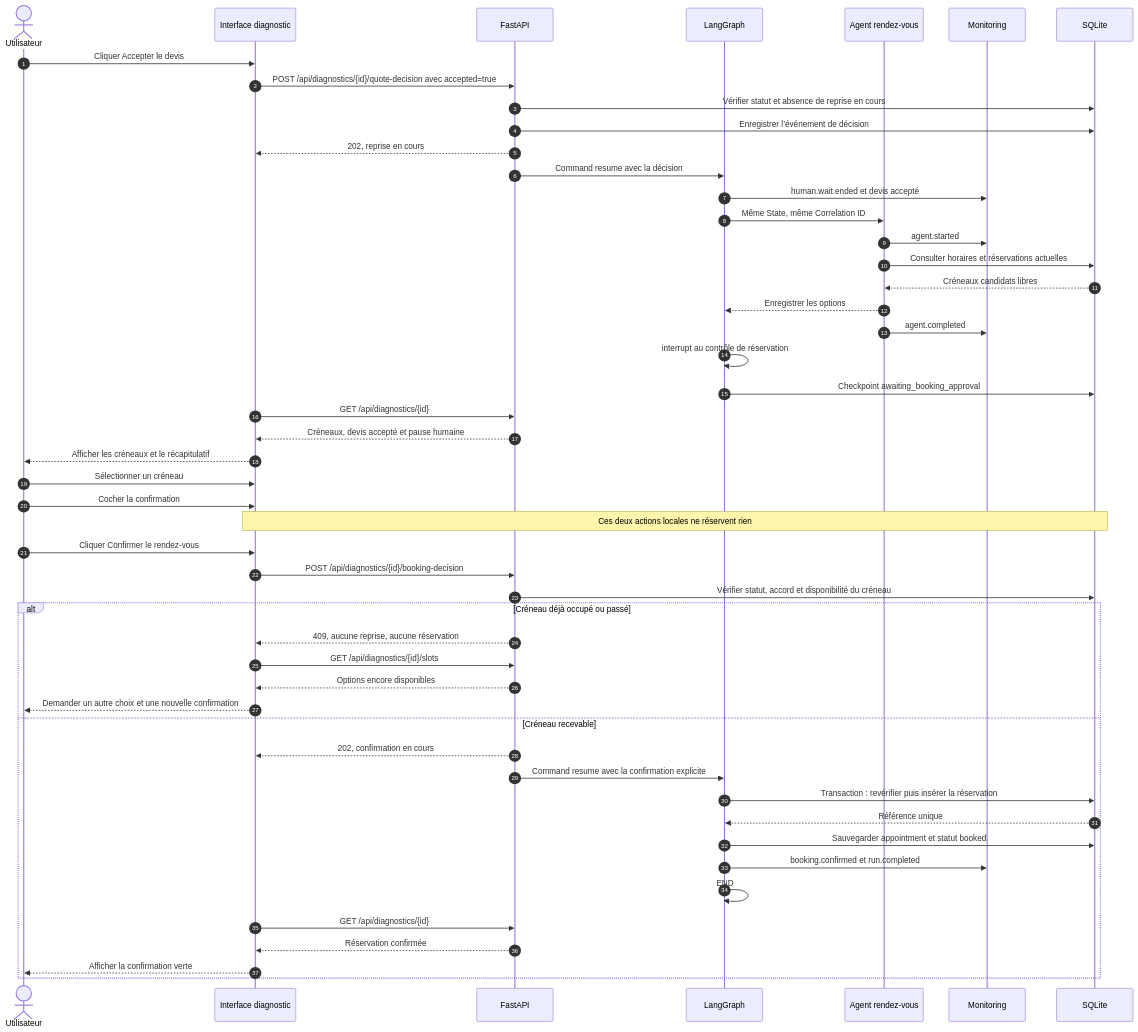
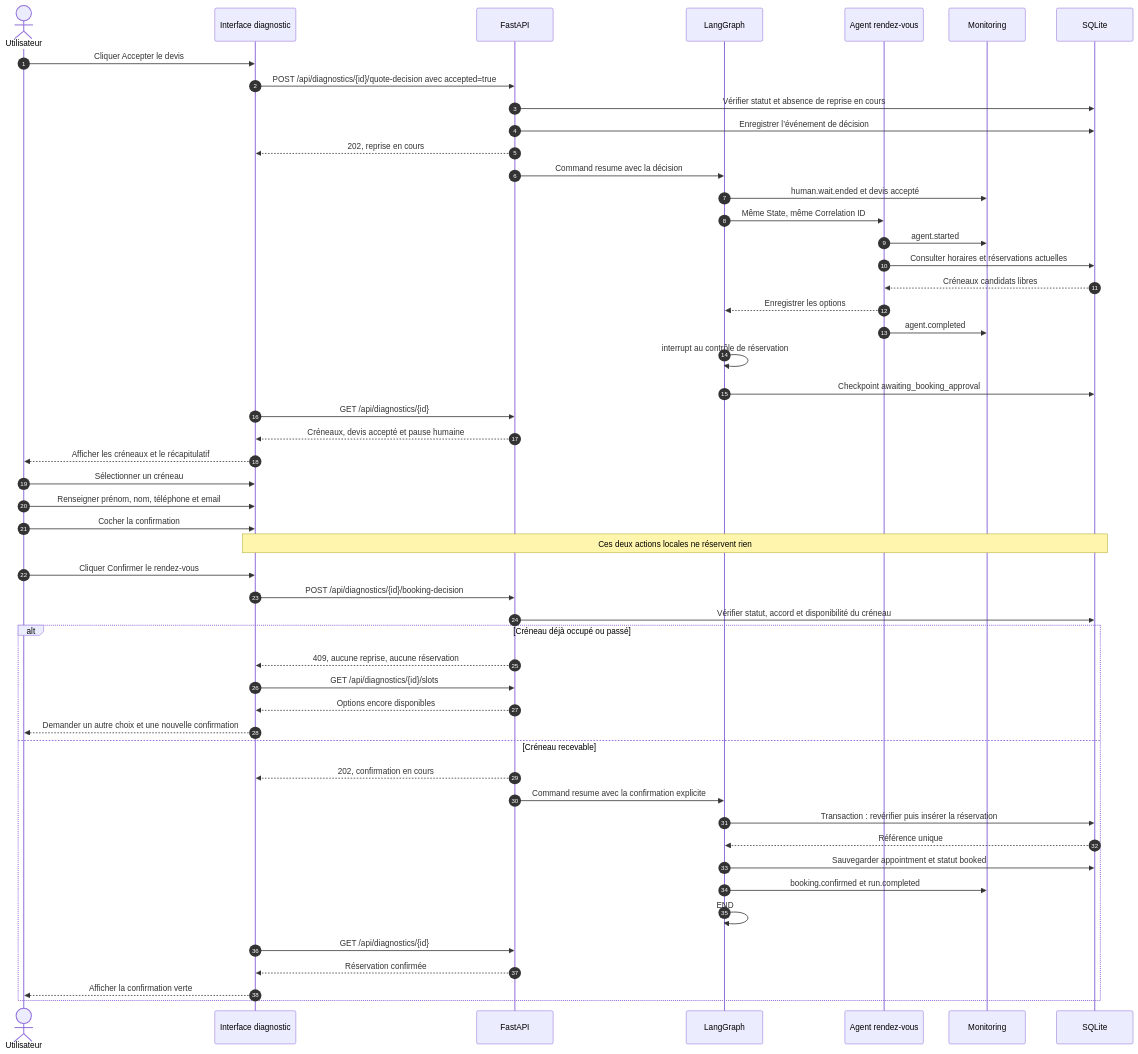
One commit to hamza-ouchen/obdagentauto changed the diagram in docs/diagrammes/diagramme-05.mmd. Above: the diagram before and after it, drawn with Mermaid. The commit also changed 34 other files, not shown here.

```diff
--- a/docs/diagrammes/diagramme-05.mmd
+++ b/docs/diagrammes/diagramme-05.mmd
@@ -1,50 +1,51 @@
 sequenceDiagram
     autonumber
     actor U as Utilisateur
     participant UI as Interface diagnostic
     participant API as FastAPI
     participant G as LangGraph
     participant A as Agent rendez-vous
     participant M as Monitoring
     participant DB as SQLite
     U->>UI: Cliquer Accepter le devis
     UI->>API: POST /api/diagnostics/{id}/quote-decision avec accepted=true
     API->>DB: Vérifier statut et absence de reprise en cours
     API->>DB: Enregistrer l’événement de décision
     API-->>UI: 202, reprise en cours
     API->>G: Command resume avec la décision
     G->>M: human.wait.ended et devis accepté
     G->>A: Même State, même Correlation ID
     A->>M: agent.started
     A->>DB: Consulter horaires et réservations actuelles
     DB-->>A: Créneaux candidats libres
     A-->>G: Enregistrer les options
     A->>M: agent.completed
     G->>G: interrupt au contrôle de réservation
     G->>DB: Checkpoint awaiting_booking_approval
     UI->>API: GET /api/diagnostics/{id}
     API-->>UI: Créneaux, devis accepté et pause humaine
     UI-->>U: Afficher les créneaux et le récapitulatif
     U->>UI: Sélectionner un créneau
+    U->>UI: Renseigner prénom, nom, téléphone et email
     U->>UI: Cocher la confirmation
     Note over UI,DB: Ces deux actions locales ne réservent rien
     U->>UI: Cliquer Confirmer le rendez-vous
     UI->>API: POST /api/diagnostics/{id}/booking-decision
     API->>DB: Vérifier statut, accord et disponibilité du créneau
     alt Créneau déjà occupé ou passé
         API-->>UI: 409, aucune reprise, aucune réservation
         UI->>API: GET /api/diagnostics/{id}/slots
         API-->>UI: Options encore disponibles
         UI-->>U: Demander un autre choix et une nouvelle confirmation
     else Créneau recevable
         API-->>UI: 202, confirmation en cours
         API->>G: Command resume avec la confirmation explicite
         G->>DB: Transaction : revérifier puis insérer la réservation
         DB-->>G: Référence unique
         G->>DB: Sauvegarder appointment et statut booked
         G->>M: booking.confirmed et run.completed
         G->>G: END
         UI->>API: GET /api/diagnostics/{id}
         API-->>UI: Réservation confirmée
         UI-->>U: Afficher la confirmation verte
     end
```
